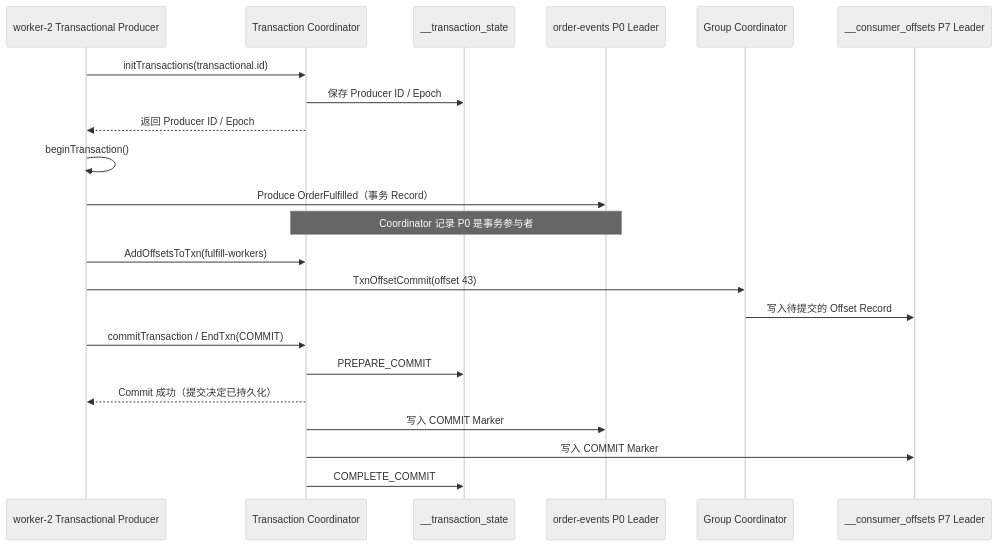
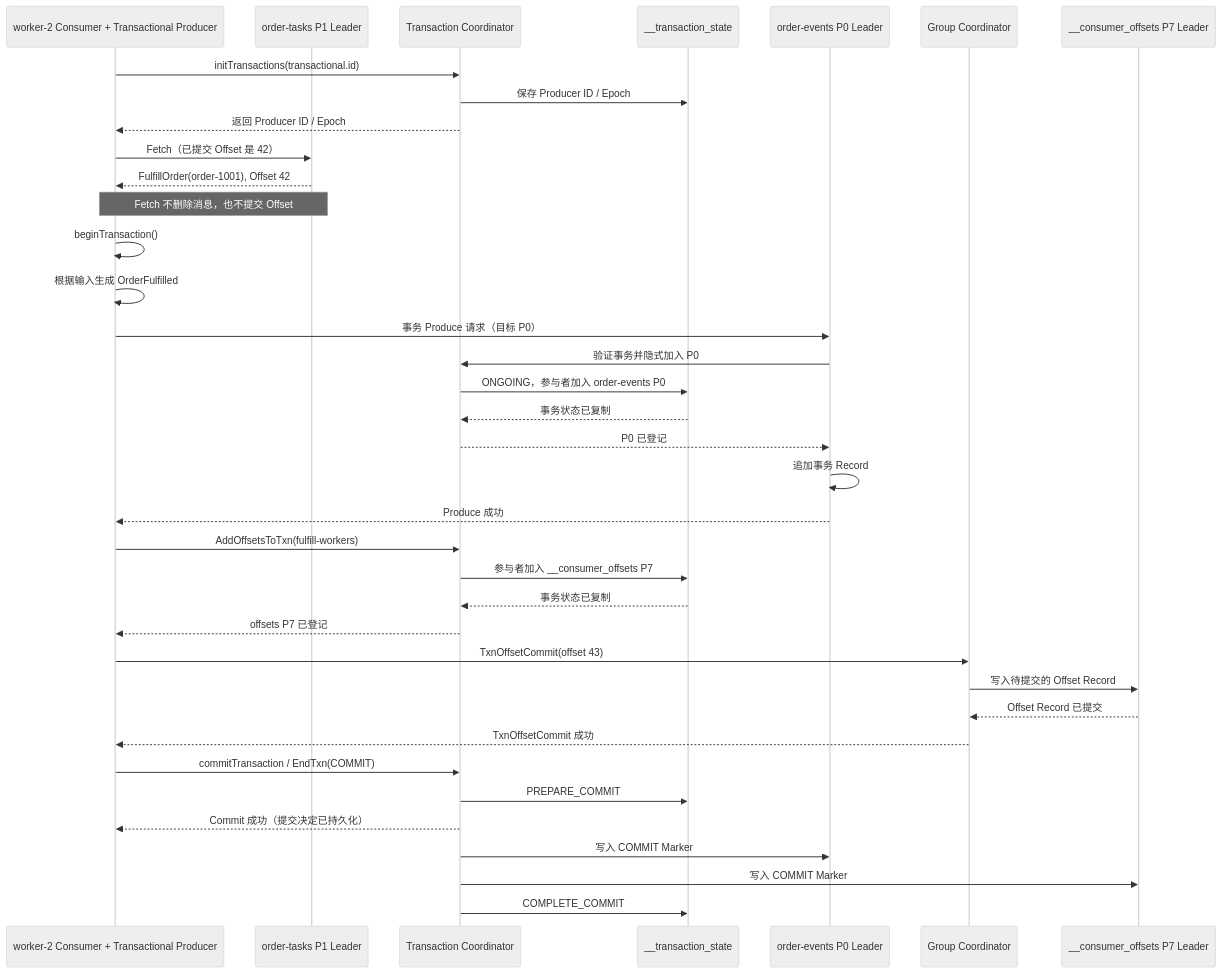
One commit to hotttao/backup changed the seventh of 7 diagrams in posts/microservices/queue/012_kafka_implementation.md. Above: the diagram before and after it, drawn with Mermaid (neutral theme). The commit also changed other lines of this file and 1 other file, not shown here.

````diff
--- a/posts/microservices/queue/012_kafka_implementation.md
+++ b/posts/microservices/queue/012_kafka_implementation.md
@@ -377,28 +736,44 @@
 ```mermaid
 sequenceDiagram
-    participant W as worker-2 Transactional Producer
+    participant W as worker-2 Consumer + Transactional Producer
+    participant IL as order-tasks P1 Leader
     participant TC as Transaction Coordinator
     participant TS as __transaction_state
     participant EL as order-events P0 Leader
     participant GC as Group Coordinator
     participant OL as __consumer_offsets P7 Leader
 
     W->>TC: initTransactions(transactional.id)
     TC->>TS: 保存 Producer ID / Epoch
     TC-->>W: 返回 Producer ID / Epoch
 
+    W->>IL: Fetch（已提交 Offset 是 42）
+    IL-->>W: FulfillOrder(order-1001), Offset 42
+    Note over W,IL: Fetch 不删除消息，也不提交 Offset
+
     W->>W: beginTransaction()
-    W->>EL: Produce OrderFulfilled（事务 Record）
-    Note over TC,EL: Coordinator 记录 P0 是事务参与者
+    W->>W: 根据输入生成 OrderFulfilled
+    W->>EL: 事务 Produce 请求（目标 P0）
+    EL->>TC: 验证事务并隐式加入 P0
+    TC->>TS: ONGOING，参与者加入 order-events P0
+    TS-->>TC: 事务状态已复制
+    TC-->>EL: P0 已登记
+    EL->>EL: 追加事务 Record
+    EL-->>W: Produce 成功
 
     W->>TC: AddOffsetsToTxn(fulfill-workers)
+    TC->>TS: 参与者加入 __consumer_offsets P7
+    TS-->>TC: 事务状态已复制
+    TC-->>W: offsets P7 已登记
     W->>GC: TxnOffsetCommit(offset 43)
     GC->>OL: 写入待提交的 Offset Record
+    OL-->>GC: Offset Record 已提交
+    GC-->>W: TxnOffsetCommit 成功
 
     W->>TC: commitTransaction / EndTxn(COMMIT)
     TC->>TS: PREPARE_COMMIT
     TC-->>W: Commit 成功（提交决定已持久化）
     TC->>EL: 写入 COMMIT Marker
     TC->>OL: 写入 COMMIT Marker
     TC->>TS: COMPLETE_COMMIT
 ```
````
